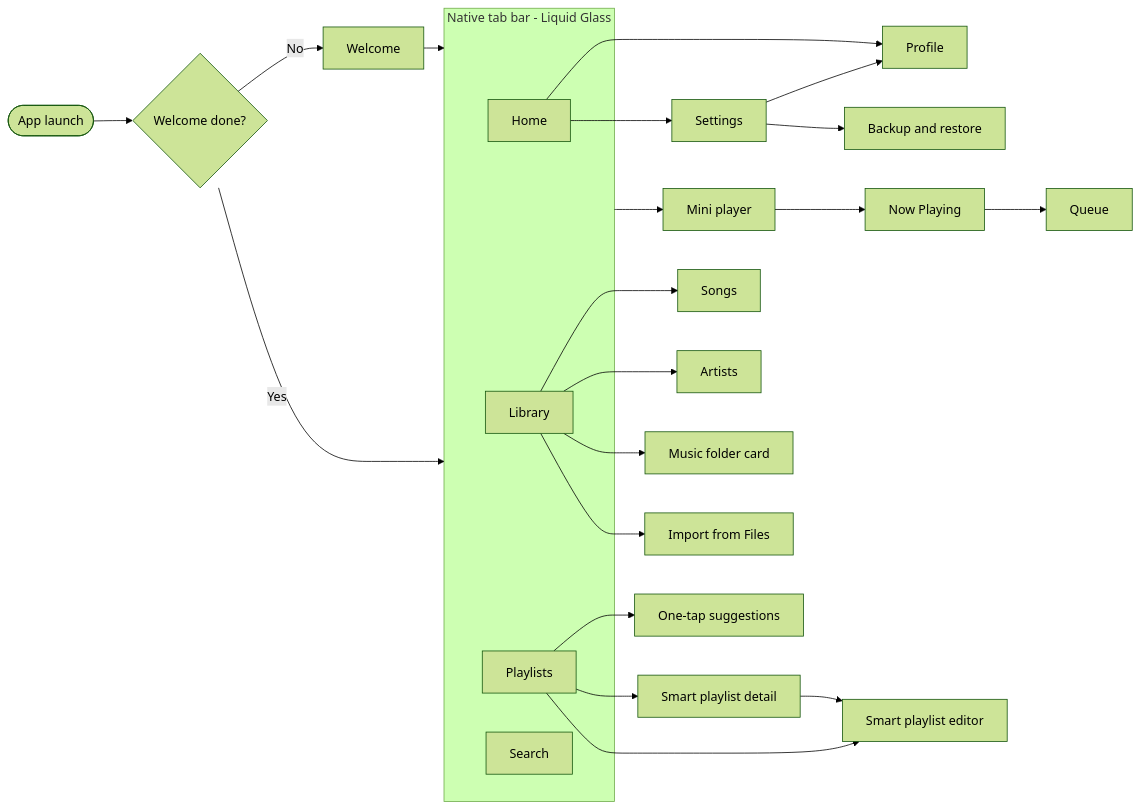
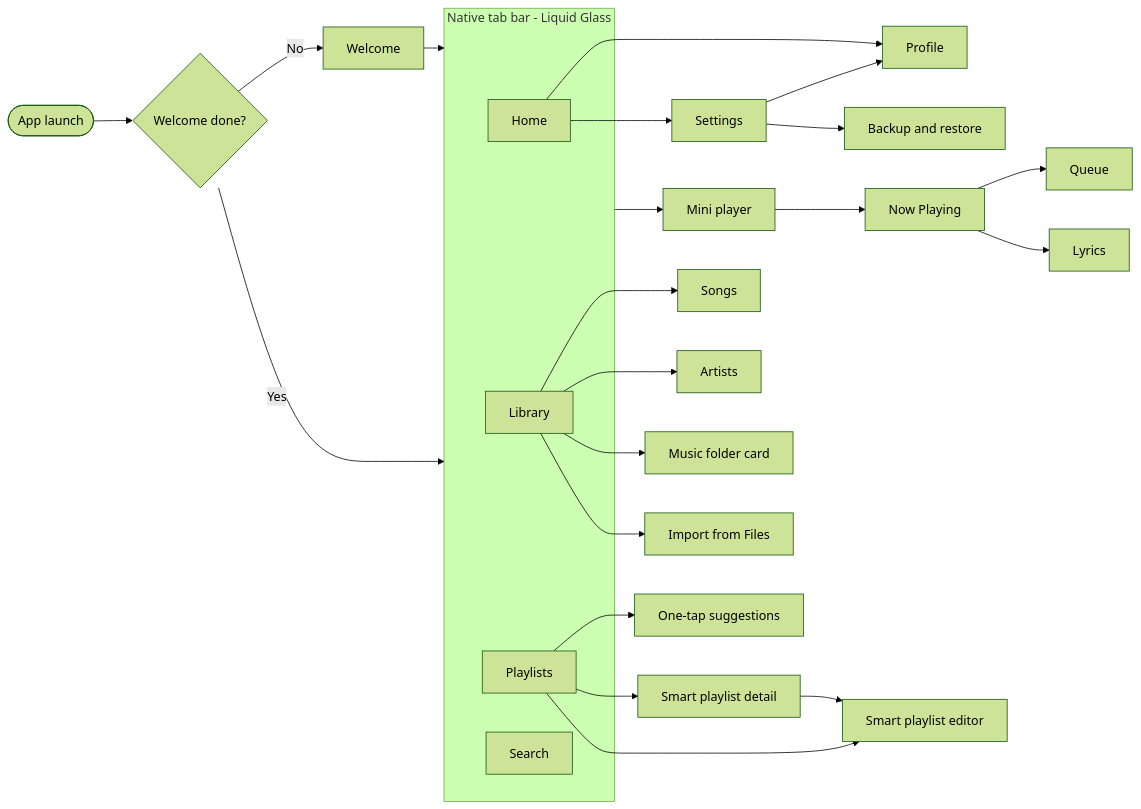
Before and after one commit to sabrinasalomon/CoryMusic: the first of 9 diagrams in docs/USER_FLOWS.md, drawn with Mermaid (forest theme). The commit also changed other lines of this file and 18 other files, not shown here.

````diff
--- a/docs/USER_FLOWS.md
+++ b/docs/USER_FLOWS.md
@@ -7,33 +7,34 @@
 ```mermaid
 flowchart LR
     Launch([App launch]) --> First{Welcome done?}
     First -- No --> Welcome[Welcome]
     Welcome --> Tabs
     First -- Yes --> Tabs
 
     subgraph Tabs["Native tab bar - Liquid Glass"]
         T1[Home]
         T2[Library]
         T3[Playlists]
         T4[Search]
     end
 
     Tabs --> Mini[Mini player]
     Mini --> Player[Now Playing]
     Player --> Queue[Queue]
+    Player --> Lyrics[Lyrics]
 
     T1 --> Profile[Profile]
     T1 --> Settings[Settings]
     Settings --> Profile
     Settings --> Backup[Backup and restore]
 
     T2 --> Songs[Songs]
     T2 --> Artists[Artists]
     T2 --> Folder[Music folder card]
     T2 --> Import[Import from Files]
 
     T3 --> Suggestions[One-tap suggestions]
     T3 --> Detail[Smart playlist detail]
     T3 --> Editor[Smart playlist editor]
     Detail --> Editor
 ```
````
